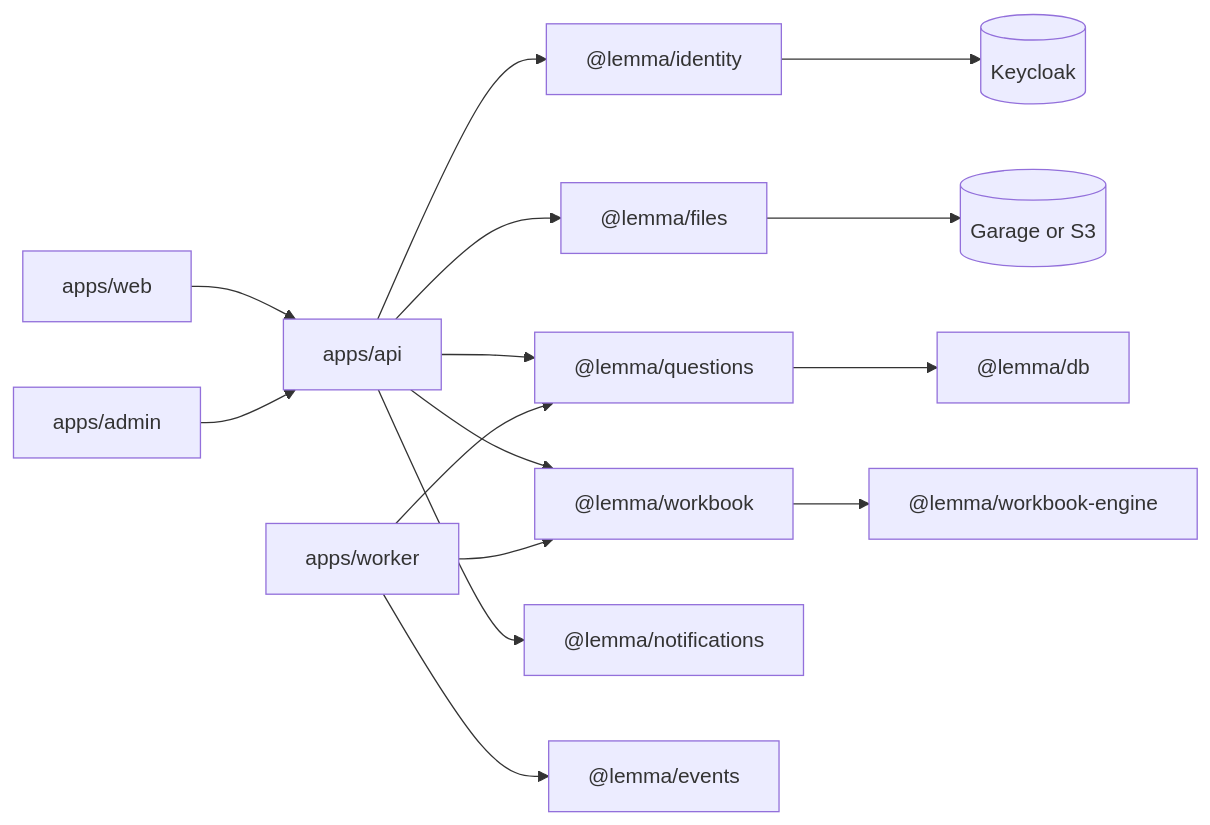
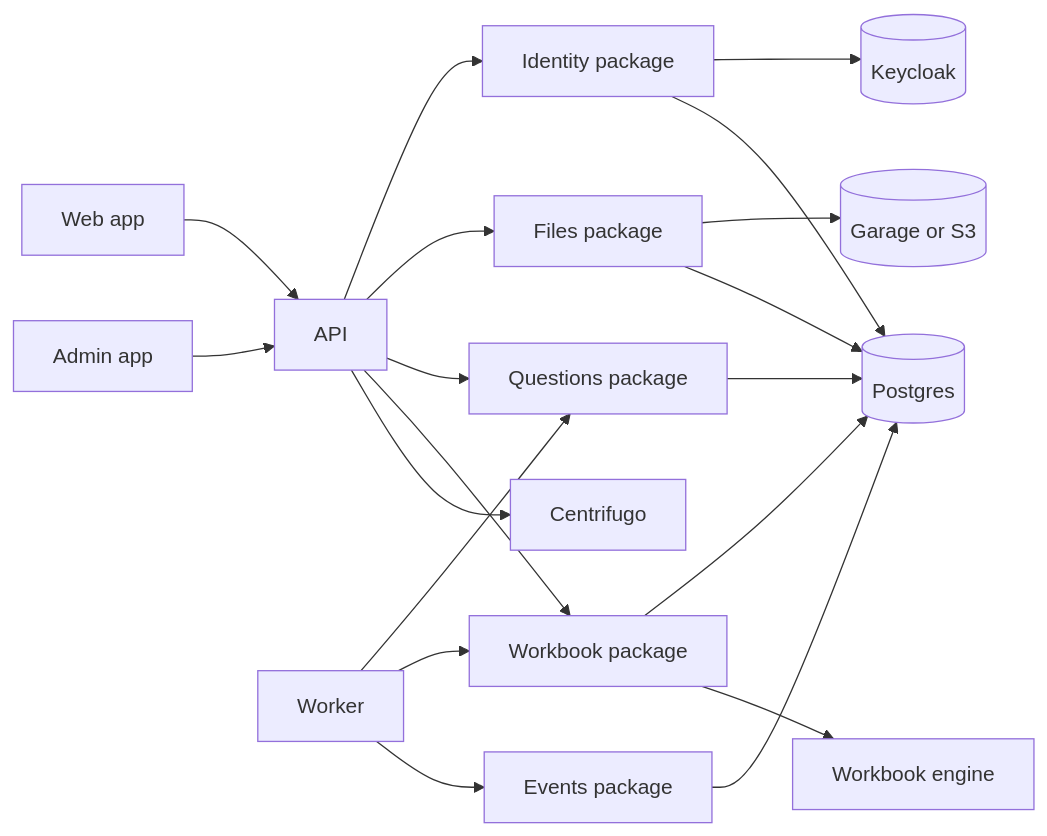
The diagram in README.md (alirostami1/lemma), drawn with Mermaid before and after one commit.

Commit message:
docs: simplify readme architecture diagram

````diff
--- a/README.md
+++ b/README.md
@@ -59,17 +59,21 @@
 ```mermaid
 flowchart LR
-  Web[apps/web] --> API[apps/api]
-  Admin[apps/admin] --> API
-  API --> Identity["@lemma/identity"]
-  API --> Files["@lemma/files"]
-  API --> Questions["@lemma/questions"]
-  API --> Workbook["@lemma/workbook"]
-  API --> Notifications["@lemma/notifications"]
-  Worker[apps/worker] --> Questions
+  Web[Web app] --> API[API]
+  Admin[Admin app] --> API
+  API --> Identity[Identity package]
+  API --> Files[Files package]
+  API --> Questions[Questions package]
+  API --> Workbook[Workbook package]
+  Worker[Worker] --> Questions
   Worker --> Workbook
-  Worker --> Events["@lemma/events"]
-  Questions --> DB["@lemma/db"]
-  Workbook --> Engine["@lemma/workbook-engine"]
+  Worker --> Events[Events package]
+  Identity --> Keycloak[(Keycloak)]
+  Identity --> Postgres[(Postgres)]
   Files --> Storage[(Garage or S3)]
-  Identity --> Keycloak[(Keycloak)]
+  Files --> Postgres
+  Questions --> Postgres
+  Workbook --> Postgres
+  Events --> Postgres
+  Workbook --> Engine[Workbook engine]
+  API --> Realtime[Centrifugo]
 ```
````
